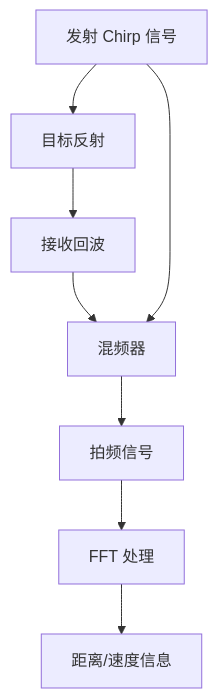
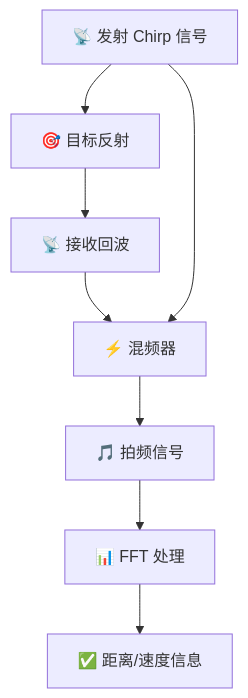
Before and after one commit to matreshka15/mmWave_Insight: the first of 2 diagrams in docs/mmwave/fmcw.md, drawn with Mermaid. The commit also changed other lines of this file and 6 other files, not shown here.

````diff
--- a/docs/mmwave/fmcw.md
+++ b/docs/mmwave/fmcw.md
@@ -11,10 +12,10 @@
 ```mermaid
 graph TD
-    A[发射 Chirp 信号] --> B[目标反射]
-    B --> C[接收回波]
-    C --> D[混频器]
+    A[📡 发射 Chirp 信号] --> B[🎯 目标反射]
+    B --> C[📡 接收回波]
+    C --> D[⚡ 混频器]
     A --> D
-    D --> E[拍频信号]
-    E --> F[FFT 处理]
-    F --> G[距离/速度信息]
+    D --> E[🎵 拍频信号]
+    E --> F[📊 FFT 处理]
+    F --> G[✅ 距离/速度信息]
 ```
````
